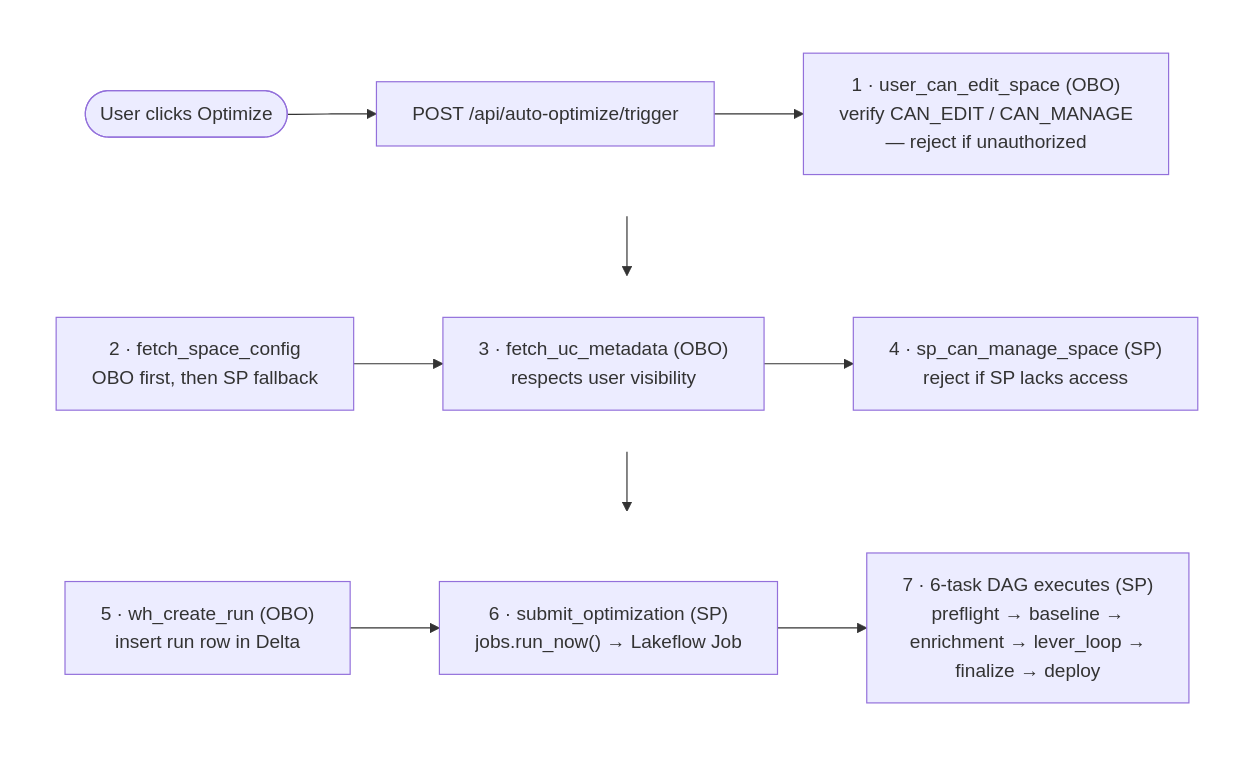
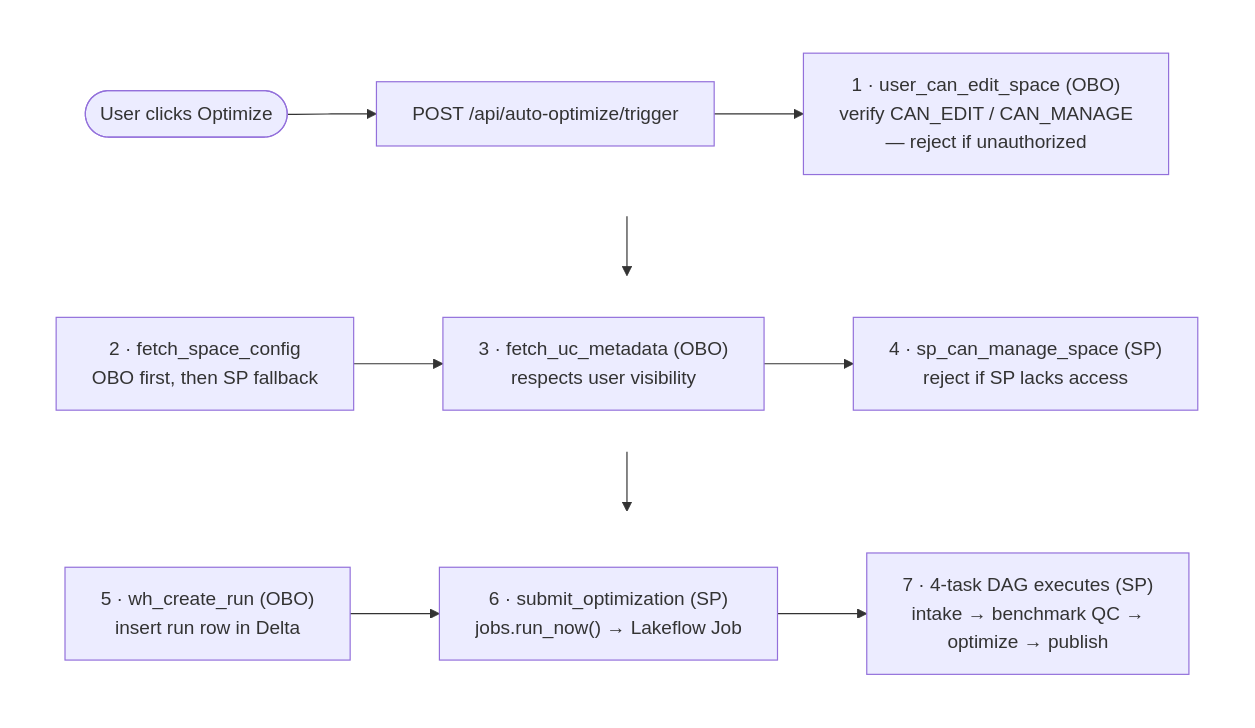
The second of 2 diagrams in docs/docs/platform/authentication.md (databricks-solutions/databricks-genie-workbench), drawn with Mermaid before and after one commit. The commit also changed other lines of this file and 1068 other files, not shown here.

````diff
--- a/docs/docs/platform/authentication.md
+++ b/docs/docs/platform/authentication.md
@@ -86,20 +96,20 @@
 ```mermaid
 %%{init: {'flowchart': {'wrappingWidth': 250}}}%%
 flowchart TB
     subgraph r1 [" "]
         direction LR
         click(["User clicks Optimize"]) --> trigger["POST /api/auto-optimize/trigger"] --> s1["1 · user_can_edit_space (OBO)<br/>verify CAN_EDIT / CAN_MANAGE<br/>— reject if unauthorized"]
     end
     subgraph r2 [" "]
         direction LR
         s2["2 · fetch_space_config<br/>OBO first, then SP fallback"] --> s3["3 · fetch_uc_metadata (OBO)<br/>respects user visibility"] --> s4["4 · sp_can_manage_space (SP)<br/>reject if SP lacks access"]
     end
     subgraph r3 [" "]
         direction LR
-        s5["5 · wh_create_run (OBO)<br/>insert run row in Delta"] --> s6["6 · submit_optimization (SP)<br/>jobs.run_now() → Lakeflow Job"] --> s7["7 · 6-task DAG executes (SP)<br/>preflight → baseline →<br/>enrichment → lever_loop →<br/>finalize → deploy"]
+        s5["5 · wh_create_run (OBO)<br/>insert run row in Delta"] --> s6["6 · submit_optimization (SP)<br/>jobs.run_now() → Lakeflow Job"] --> s7["7 · 4-task DAG executes (SP)<br/>intake → benchmark QC →<br/>optimize → publish"]
     end
     r1 --> r2 --> r3
     style r1 fill:none,stroke:none
     style r2 fill:none,stroke:none
     style r3 fill:none,stroke:none
 ```
````
